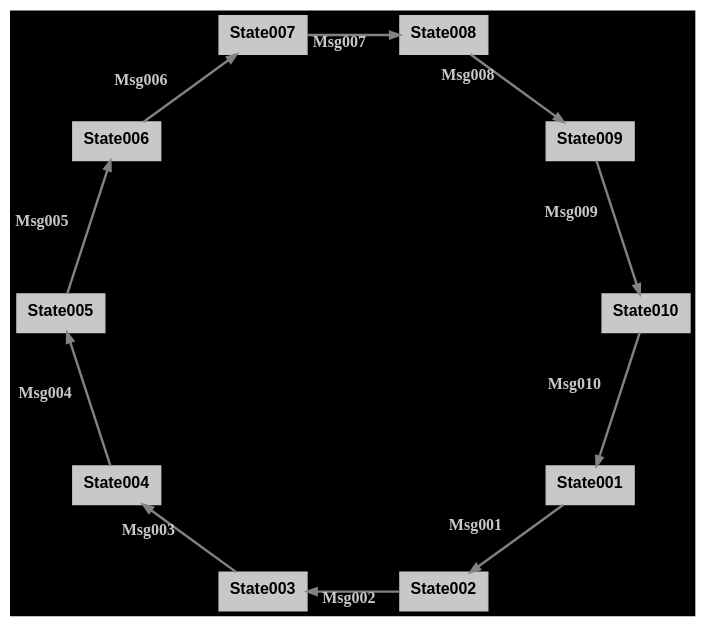
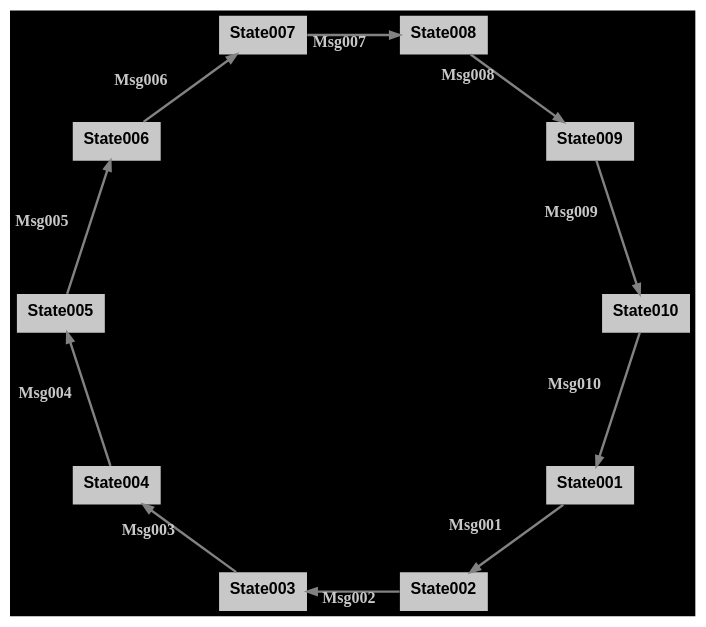
Before and after one commit to m-bock/purescript-transit: the diagram in renders/circle_graph.dot, drawn with Graphviz. The commit also changed 33 other files, not shown here.

Commit message:
Update Graphviz rendering

```diff
--- a/renders/circle_graph.dot
+++ b/renders/circle_graph.dot
@@ -1,24 +1,24 @@
 digraph 
 {
 rankdir = "TD";fontname = "Arial";labelloc = "t";fontsize = 12.0;bgcolor = "#000000";color = "#ffffff";fontcolor = "#ffffff";layout = "circo"
-State001 [shape = "box", label = <<b>State001</b>>, fontsize = 12.0, style = "filled", fillcolor = "#c8c8c8", fontcolor = "#000000", color = "#c8c8c8", fontname = "Arial", labelloc = "c", penwidth = 1.0, height = 0.4]
+State001 [shape = "box", label = <<b>State001</b>>, fontsize = 12.0, style = "filled", fillcolor = "#c8c8c8", fontcolor = "#000000", color = "#c8c8c8", fontname = "Arial", labelloc = "c", penwidth = 0.0, height = 0.4]
 State001 -> State002 [color = "#828282", fontcolor = "#c8c8c8", fontsize = 12.0, arrowsize = "0.7", label = <<b>Msg001</b>>, penwidth = 1.8]
-State002 [shape = "box", label = <<b>State002</b>>, fontsize = 12.0, style = "filled", fillcolor = "#c8c8c8", fontcolor = "#000000", color = "#c8c8c8", fontname = "Arial", labelloc = "c", penwidth = 1.0, height = 0.4]
+State002 [shape = "box", label = <<b>State002</b>>, fontsize = 12.0, style = "filled", fillcolor = "#c8c8c8", fontcolor = "#000000", color = "#c8c8c8", fontname = "Arial", labelloc = "c", penwidth = 0.0, height = 0.4]
 State002 -> State003 [color = "#828282", fontcolor = "#c8c8c8", fontsize = 12.0, arrowsize = "0.7", label = <<b>Msg002</b>>, penwidth = 1.8]
-State003 [shape = "box", label = <<b>State003</b>>, fontsize = 12.0, style = "filled", fillcolor = "#c8c8c8", fontcolor = "#000000", color = "#c8c8c8", fontname = "Arial", labelloc = "c", penwidth = 1.0, height = 0.4]
+State003 [shape = "box", label = <<b>State003</b>>, fontsize = 12.0, style = "filled", fillcolor = "#c8c8c8", fontcolor = "#000000", color = "#c8c8c8", fontname = "Arial", labelloc = "c", penwidth = 0.0, height = 0.4]
 State003 -> State004 [color = "#828282", fontcolor = "#c8c8c8", fontsize = 12.0, arrowsize = "0.7", label = <<b>Msg003</b>>, penwidth = 1.8]
-State004 [shape = "box", label = <<b>State004</b>>, fontsize = 12.0, style = "filled", fillcolor = "#c8c8c8", fontcolor = "#000000", color = "#c8c8c8", fontname = "Arial", labelloc = "c", penwidth = 1.0, height = 0.4]
+State004 [shape = "box", label = <<b>State004</b>>, fontsize = 12.0, style = "filled", fillcolor = "#c8c8c8", fontcolor = "#000000", color = "#c8c8c8", fontname = "Arial", labelloc = "c", penwidth = 0.0, height = 0.4]
 State004 -> State005 [color = "#828282", fontcolor = "#c8c8c8", fontsize = 12.0, arrowsize = "0.7", label = <<b>Msg004</b>>, penwidth = 1.8]
-State005 [shape = "box", label = <<b>State005</b>>, fontsize = 12.0, style = "filled", fillcolor = "#c8c8c8", fontcolor = "#000000", color = "#c8c8c8", fontname = "Arial", labelloc = "c", penwidth = 1.0, height = 0.4]
+State005 [shape = "box", label = <<b>State005</b>>, fontsize = 12.0, style = "filled", fillcolor = "#c8c8c8", fontcolor = "#000000", color = "#c8c8c8", fontname = "Arial", labelloc = "c", penwidth = 0.0, height = 0.4]
 State005 -> State006 [color = "#828282", fontcolor = "#c8c8c8", fontsize = 12.0, arrowsize = "0.7", label = <<b>Msg005</b>>, penwidth = 1.8]
-State006 [shape = "box", label = <<b>State006</b>>, fontsize = 12.0, style = "filled", fillcolor = "#c8c8c8", fontcolor = "#000000", color = "#c8c8c8", fontname = "Arial", labelloc = "c", penwidth = 1.0, height = 0.4]
+State006 [shape = "box", label = <<b>State006</b>>, fontsize = 12.0, style = "filled", fillcolor = "#c8c8c8", fontcolor = "#000000", color = "#c8c8c8", fontname = "Arial", labelloc = "c", penwidth = 0.0, height = 0.4]
 State006 -> State007 [color = "#828282", fontcolor = "#c8c8c8", fontsize = 12.0, arrowsize = "0.7", label = <<b>Msg006</b>>, penwidth = 1.8]
-State007 [shape = "box", label = <<b>State007</b>>, fontsize = 12.0, style = "filled", fillcolor = "#c8c8c8", fontcolor = "#000000", color = "#c8c8c8", fontname = "Arial", labelloc = "c", penwidth = 1.0, height = 0.4]
+State007 [shape = "box", label = <<b>State007</b>>, fontsize = 12.0, style = "filled", fillcolor = "#c8c8c8", fontcolor = "#000000", color = "#c8c8c8", fontname = "Arial", labelloc = "c", penwidth = 0.0, height = 0.4]
 State007 -> State008 [color = "#828282", fontcolor = "#c8c8c8", fontsize = 12.0, arrowsize = "0.7", label = <<b>Msg007</b>>, penwidth = 1.8]
-State008 [shape = "box", label = <<b>State008</b>>, fontsize = 12.0, style = "filled", fillcolor = "#c8c8c8", fontcolor = "#000000", color = "#c8c8c8", fontname = "Arial", labelloc = "c", penwidth = 1.0, height = 0.4]
+State008 [shape = "box", label = <<b>State008</b>>, fontsize = 12.0, style = "filled", fillcolor = "#c8c8c8", fontcolor = "#000000", color = "#c8c8c8", fontname = "Arial", labelloc = "c", penwidth = 0.0, height = 0.4]
 State008 -> State009 [color = "#828282", fontcolor = "#c8c8c8", fontsize = 12.0, arrowsize = "0.7", label = <<b>Msg008</b>>, penwidth = 1.8]
-State009 [shape = "box", label = <<b>State009</b>>, fontsize = 12.0, style = "filled", fillcolor = "#c8c8c8", fontcolor = "#000000", color = "#c8c8c8", fontname = "Arial", labelloc = "c", penwidth = 1.0, height = 0.4]
+State009 [shape = "box", label = <<b>State009</b>>, fontsize = 12.0, style = "filled", fillcolor = "#c8c8c8", fontcolor = "#000000", color = "#c8c8c8", fontname = "Arial", labelloc = "c", penwidth = 0.0, height = 0.4]
 State009 -> State010 [color = "#828282", fontcolor = "#c8c8c8", fontsize = 12.0, arrowsize = "0.7", label = <<b>Msg009</b>>, penwidth = 1.8]
-State010 [shape = "box", label = <<b>State010</b>>, fontsize = 12.0, style = "filled", fillcolor = "#c8c8c8", fontcolor = "#000000", color = "#c8c8c8", fontname = "Arial", labelloc = "c", penwidth = 1.0, height = 0.4]
+State010 [shape = "box", label = <<b>State010</b>>, fontsize = 12.0, style = "filled", fillcolor = "#c8c8c8", fontcolor = "#000000", color = "#c8c8c8", fontname = "Arial", labelloc = "c", penwidth = 0.0, height = 0.4]
 State010 -> State001 [color = "#828282", fontcolor = "#c8c8c8", fontsize = 12.0, arrowsize = "0.7", label = <<b>Msg010</b>>, penwidth = 1.8]
 }
```
